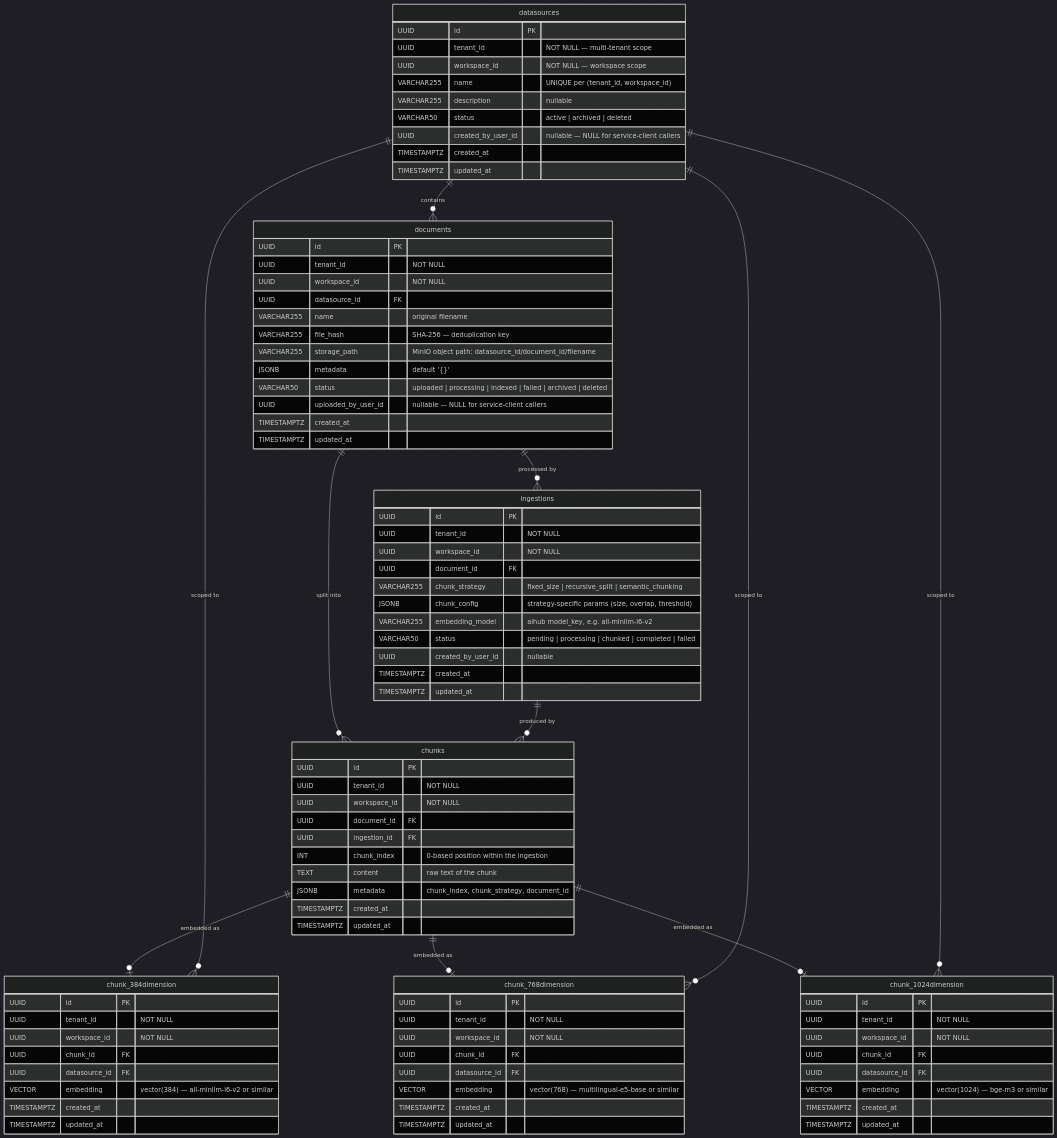
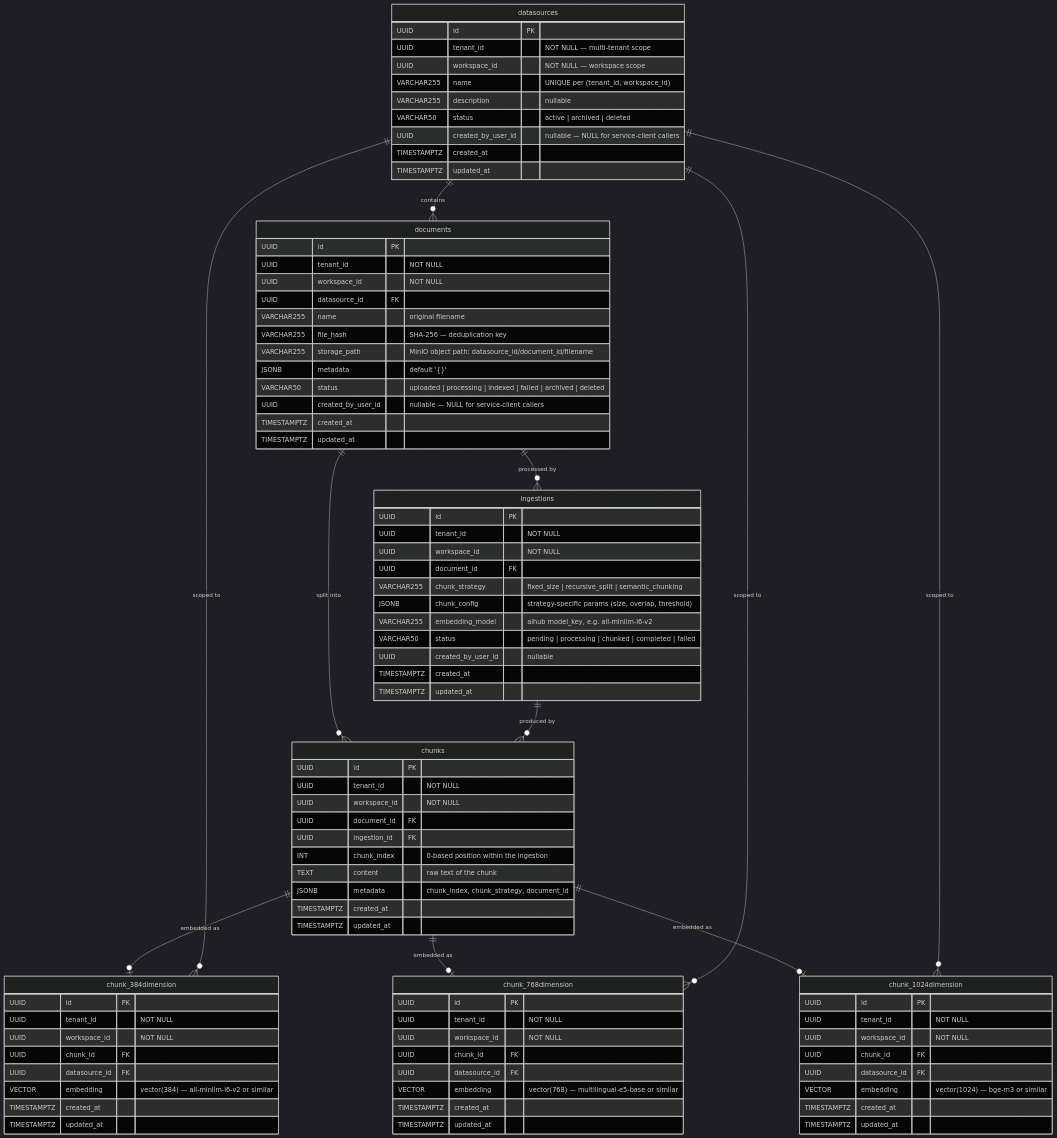
The diagram in docs/architecture/datahub/database.md (Andrew-Bu1/Agent-Platform), drawn with Mermaid (dark theme) before and after one commit. The commit also changed 9 other files, not shown here.

First line of the commit message:
fix(datahub): align schema, models, repos, and docs with actual column names

```diff
--- a/docs/architecture/datahub/database.md
+++ b/docs/architecture/datahub/database.md
@@ -24,7 +24,7 @@
         VARCHAR255  storage_path        "MinIO object path: datasource_id/document_id/filename"
         JSONB       metadata            "default '{}'"
         VARCHAR50   status              "uploaded | processing | indexed | failed | archived | deleted"
-        UUID        uploaded_by_user_id "nullable — NULL for service-client callers"
+        UUID        created_by_user_id  "nullable — NULL for service-client callers"
         TIMESTAMPTZ created_at
         TIMESTAMPTZ updated_at
     }
```
